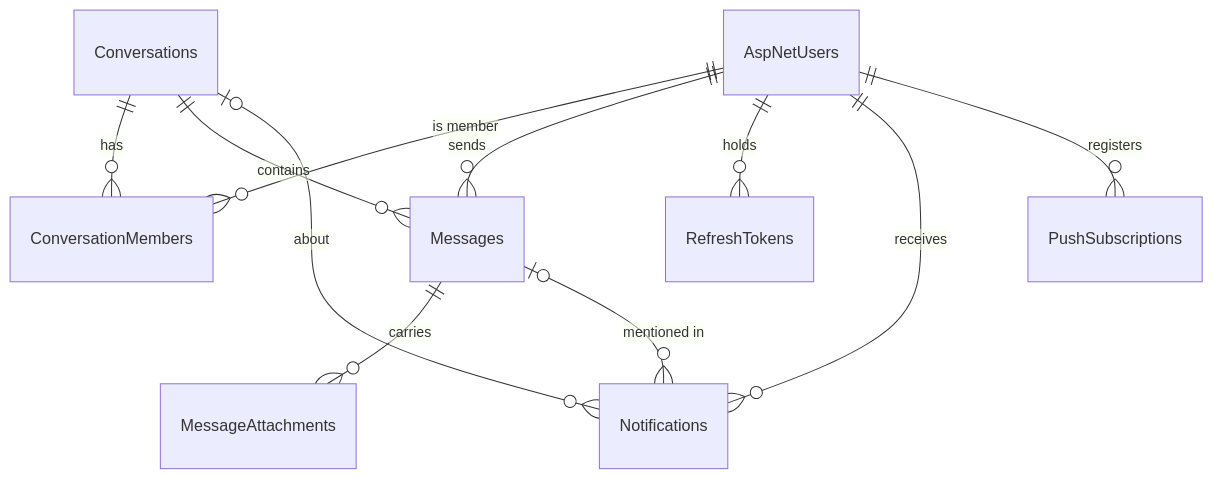
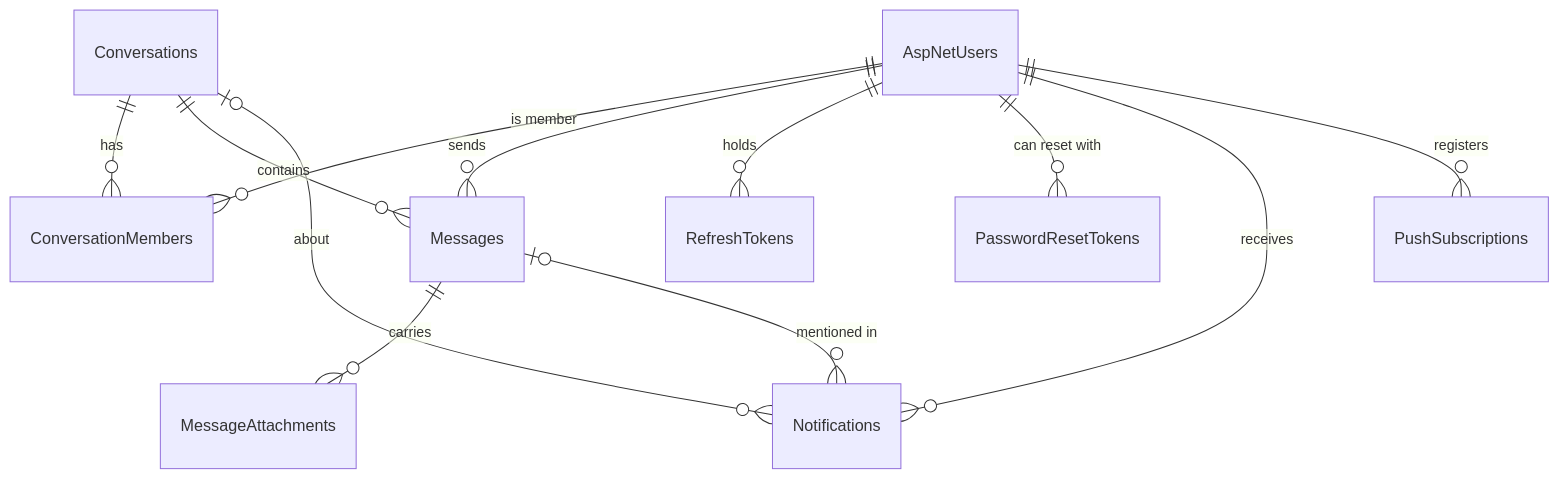
Before and after one commit to Harsh-Moriya/chatnet: the diagram in docs/architecture/data-model.md, drawn with Mermaid. The commit also changed other lines of this file and 17 other files, not shown here.

````diff
--- a/docs/architecture/data-model.md
+++ b/docs/architecture/data-model.md
@@ -5,13 +5,14 @@
 ```mermaid
 erDiagram
     AspNetUsers ||--o{ ConversationMembers : "is member"
     Conversations ||--o{ ConversationMembers : "has"
     Conversations ||--o{ Messages : "contains"
     AspNetUsers ||--o{ Messages : "sends"
     Messages ||--o{ MessageAttachments : "carries"
     AspNetUsers ||--o{ RefreshTokens : "holds"
+    AspNetUsers ||--o{ PasswordResetTokens : "can reset with"
     AspNetUsers ||--o{ Notifications : "receives"
     AspNetUsers ||--o{ PushSubscriptions : "registers"
     Messages |o--o{ Notifications : "mentioned in"
     Conversations |o--o{ Notifications : "about"
 ```
````
